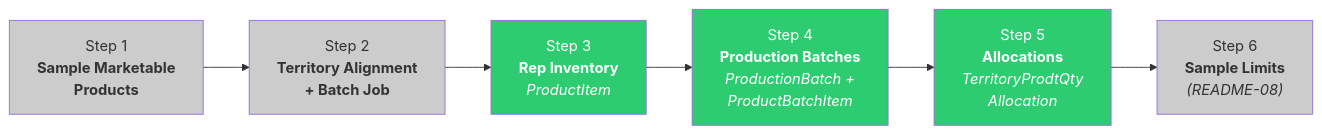
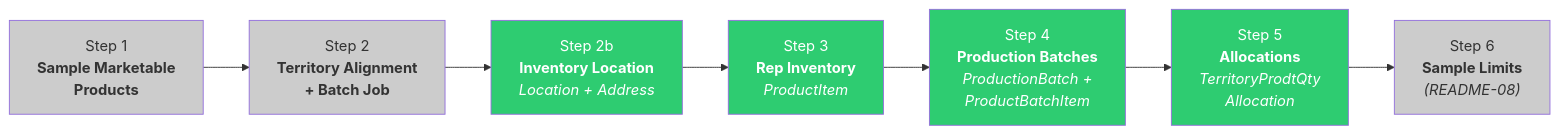
One commit to afls-ideas/Multi-Country-Brand-Setup changed the fifth of 5 diagrams in README-12-Sample-Inventory.md. Above: the diagram before and after it, drawn with Mermaid. The commit also changed other lines of this file and 1 other file, not shown here.

First line of the commit message:
Add inventory location setup script and document as prerequisite in README-12

````diff
--- a/README-12-Sample-Inventory.md
+++ b/README-12-Sample-Inventory.md
@@ -345,18 +413,20 @@
 ```mermaid
 flowchart LR
     S1["Step 1<br/><b>Sample Marketable<br/>Products</b>"]
     S2["Step 2<br/><b>Territory Alignment<br/>+ Batch Job</b>"]
+    S2b["Step 2b<br/><b>Inventory Location</b><br/><i>Location + Address</i>"]
     S3["Step 3<br/><b>Rep Inventory</b><br/><i>ProductItem</i>"]
     S4["Step 4<br/><b>Production Batches</b><br/><i>ProductionBatch +<br/>ProductBatchItem</i>"]
     S5["Step 5<br/><b>Allocations</b><br/><i>TerritoryProdtQty<br/>Allocation</i>"]
     S6["Step 6<br/><b>Sample Limits</b><br/><i>(README-08)</i>"]
 
-    S1 --> S2 --> S3 --> S4 --> S5 --> S6
+    S1 --> S2 --> S2b --> S3 --> S4 --> S5 --> S6
 
     style S1 fill:#ccc,color:#333
     style S2 fill:#ccc,color:#333
+    style S2b fill:#2ecc71,color:#fff
     style S3 fill:#2ecc71,color:#fff
     style S4 fill:#2ecc71,color:#fff
     style S5 fill:#2ecc71,color:#fff
     style S6 fill:#ccc,color:#333
 ```
````
